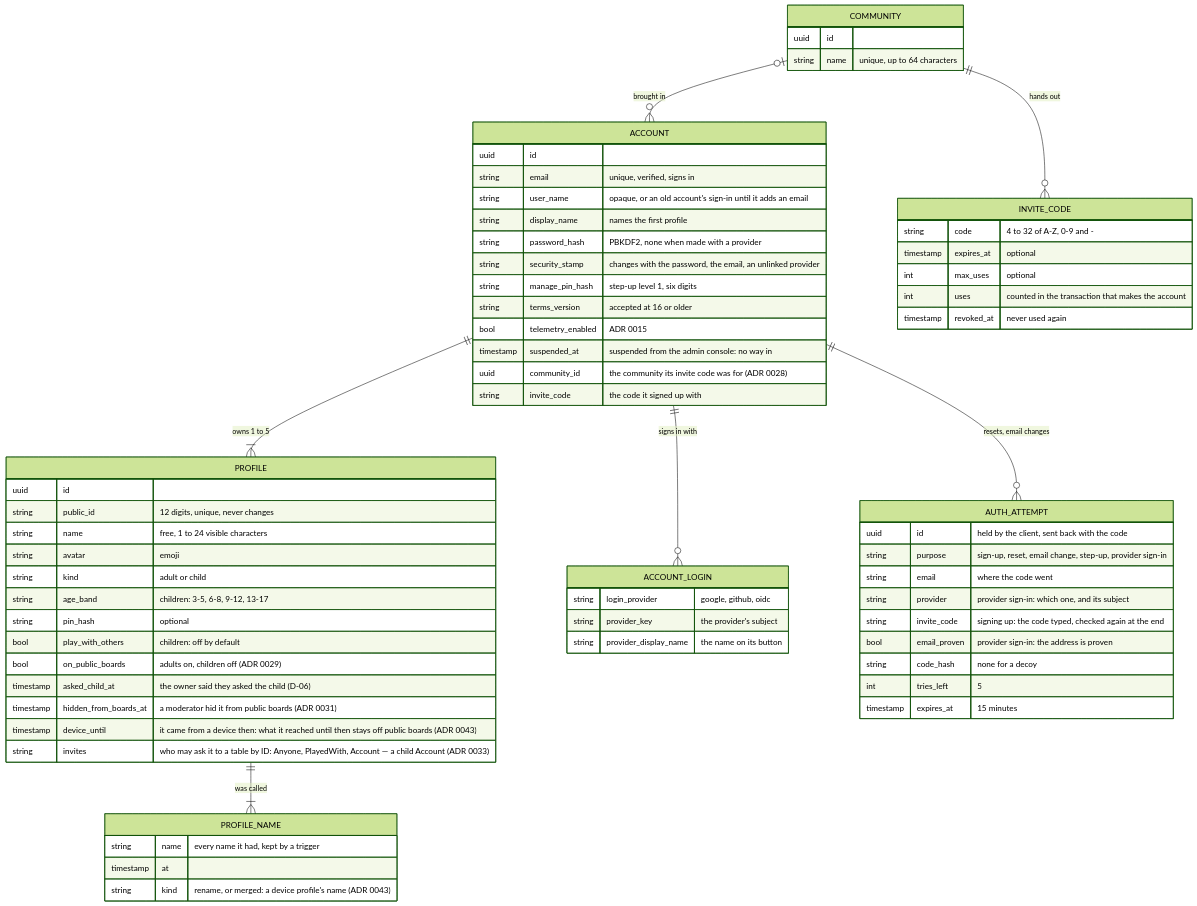
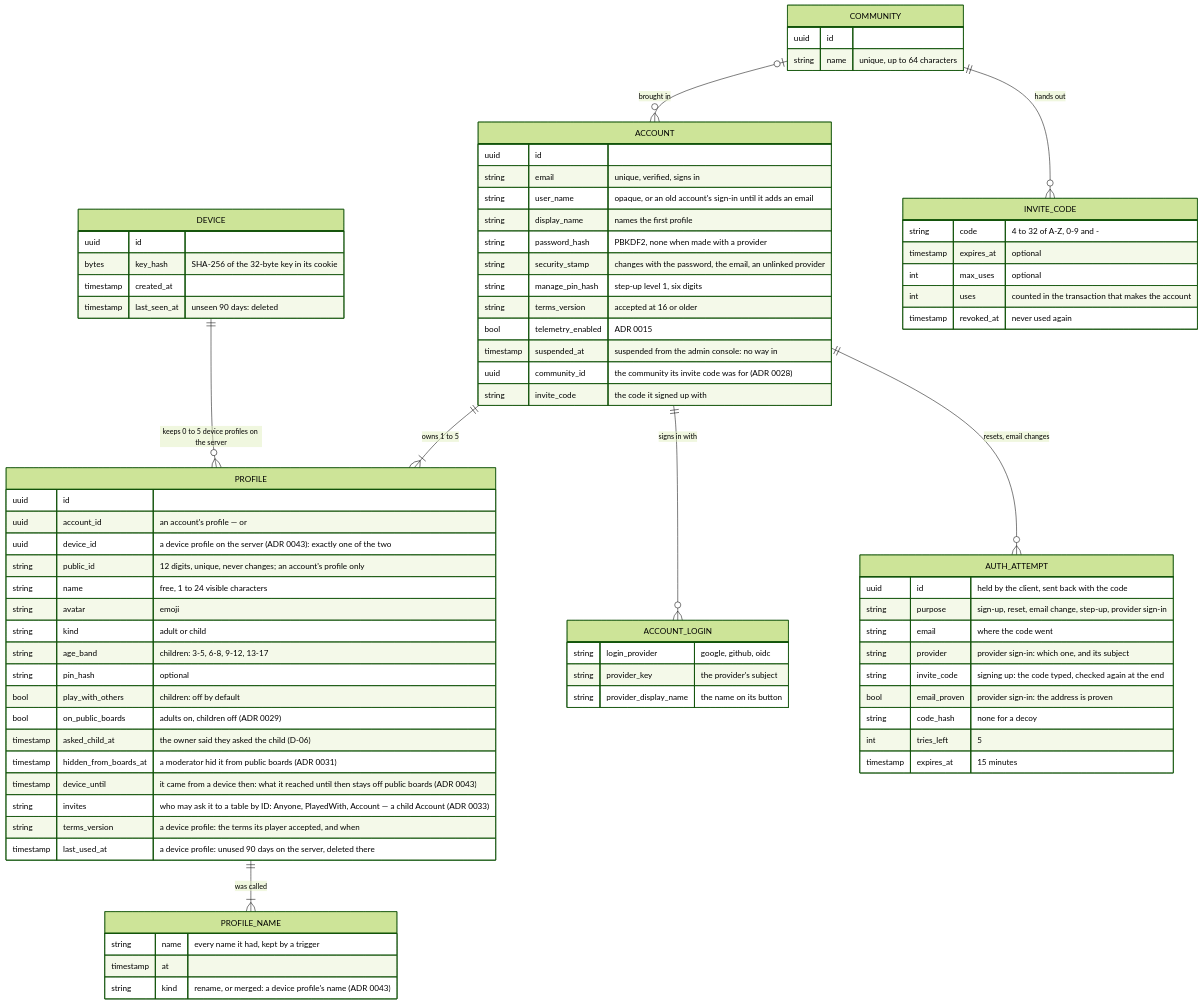
Before and after one commit to vinh466/tohe-play: the first of 15 diagrams in docs/architecture/identity.md, drawn with Mermaid (forest theme). The commit also changed other lines of this file and 77 other files, not shown here.

First line of the commit message:
feat: device profiles on the server, and tables open to them (ADR 0043, I2a)

````diff
--- a/docs/architecture/identity.md
+++ b/docs/architecture/identity.md
@@ -17,70 +17,81 @@
 ```mermaid
 erDiagram
   ACCOUNT ||--|{ PROFILE : "owns 1 to 5"
+  DEVICE ||--o{ PROFILE : "keeps 0 to 5 device profiles on the server"
   PROFILE ||--|{ PROFILE_NAME : "was called"
   ACCOUNT ||--o{ ACCOUNT_LOGIN : "signs in with"
   ACCOUNT ||--o{ AUTH_ATTEMPT : "resets, email changes"
   COMMUNITY |o--o{ ACCOUNT : "brought in"
   COMMUNITY ||--o{ INVITE_CODE : "hands out"
   ACCOUNT {
     uuid id
     string email "unique, verified, signs in"
     string user_name "opaque, or an old account's sign-in until it adds an email"
     string display_name "names the first profile"
     string password_hash "PBKDF2, none when made with a provider"
     string security_stamp "changes with the password, the email, an unlinked provider"
     string manage_pin_hash "step-up level 1, six digits"
     string terms_version "accepted at 16 or older"
     bool telemetry_enabled "ADR 0015"
     timestamp suspended_at "suspended from the admin console: no way in"
     uuid community_id "the community its invite code was for (ADR 0028)"
     string invite_code "the code it signed up with"
   }
   COMMUNITY {
     uuid id
     string name "unique, up to 64 characters"
   }
   INVITE_CODE {
     string code "4 to 32 of A-Z, 0-9 and -"
     timestamp expires_at "optional"
     int max_uses "optional"
     int uses "counted in the transaction that makes the account"
     timestamp revoked_at "never used again"
   }
   ACCOUNT_LOGIN {
     string login_provider "google, github, oidc"
     string provider_key "the provider's subject"
     string provider_display_name "the name on its button"
   }
+  DEVICE {
+    uuid id
+    bytes key_hash "SHA-256 of the 32-byte key in its cookie"
+    timestamp created_at
+    timestamp last_seen_at "unseen 90 days: deleted"
+  }
   PROFILE_NAME {
     string name "every name it had, kept by a trigger"
     timestamp at
     string kind "rename, or merged: a device profile's name (ADR 0043)"
   }
   PROFILE {
     uuid id
-    string public_id "12 digits, unique, never changes"
+    uuid account_id "an account's profile — or"
+    uuid device_id "a device profile on the server (ADR 0043): exactly one of the two"
+    string public_id "12 digits, unique, never changes; an account's profile only"
     string name "free, 1 to 24 visible characters"
     string avatar "emoji"
     string kind "adult or child"
     string age_band "children: 3-5, 6-8, 9-12, 13-17"
     string pin_hash "optional"
     bool play_with_others "children: off by default"
     bool on_public_boards "adults on, children off (ADR 0029)"
     timestamp asked_child_at "the owner said they asked the child (D-06)"
     timestamp hidden_from_boards_at "a moderator hid it from public boards (ADR 0031)"
     timestamp device_until "it came from a device then: what it reached until then stays off public boards (ADR 0043)"
     string invites "who may ask it to a table by ID: Anyone, PlayedWith, Account — a child Account (ADR 0033)"
+    string terms_version "a device profile: the terms its player accepted, and when"
+    timestamp last_used_at "a device profile: unused 90 days on the server, deleted there"
   }
   AUTH_ATTEMPT {
     uuid id "held by the client, sent back with the code"
     string purpose "sign-up, reset, email change, step-up, provider sign-in"
     string email "where the code went"
     string provider "provider sign-in: which one, and its subject"
     string invite_code "signing up: the code typed, checked again at the end"
     bool email_proven "provider sign-in: the address is proven"
     string code_hash "none for a decoy"
     int tries_left "5"
     timestamp expires_at "15 minutes"
   }
 ```
````
